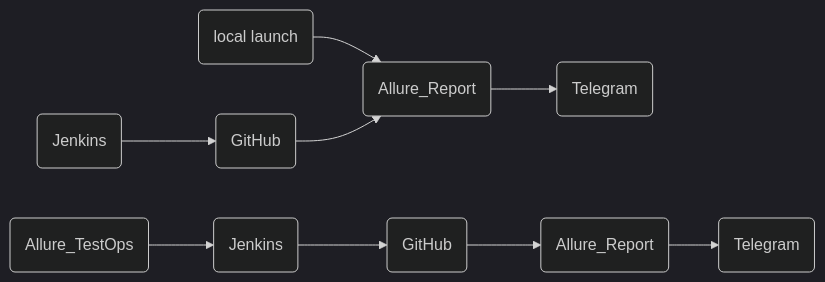
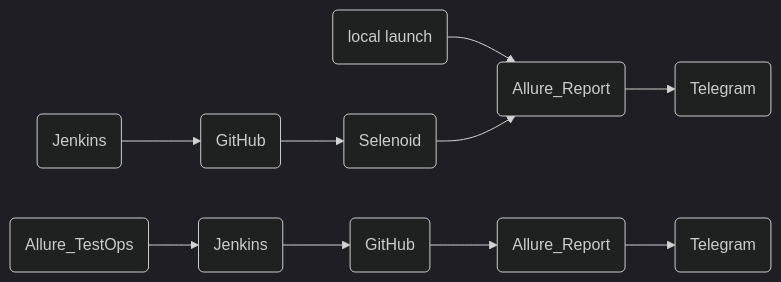
The diagram in README.md (maxkonushkin/FirstProject), drawn with Mermaid (dark theme) before and after one commit.

Commit message:
add mermaid

````diff
--- a/README.md
+++ b/README.md
@@ -60,6 +60,6 @@
 ``` mermaid
 flowchart LR;
 A(local launch)-->B(Allure_Report);
-    C(Jenkins)-->D(GitHub)-->B(Allure_Report)-->E(Telegram);
+    C(Jenkins)-->D(GitHub)-->U(Selenoid)-->B(Allure_Report)-->E(Telegram);
     Q(Allure_TestOps)-->W(Jenkins)-->R(GitHub)-->T(Allure_Report)-->Y(Telegram); 
 ```
````
